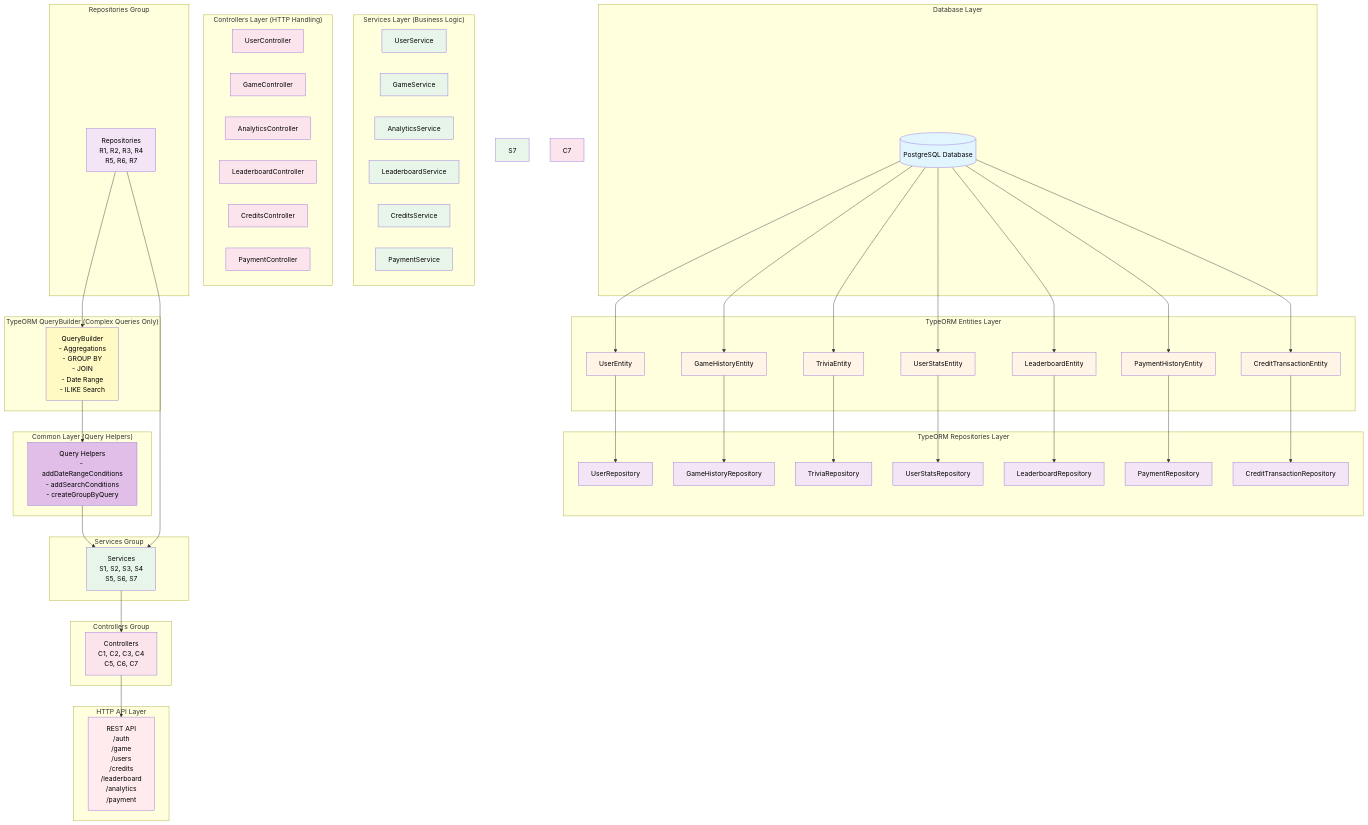
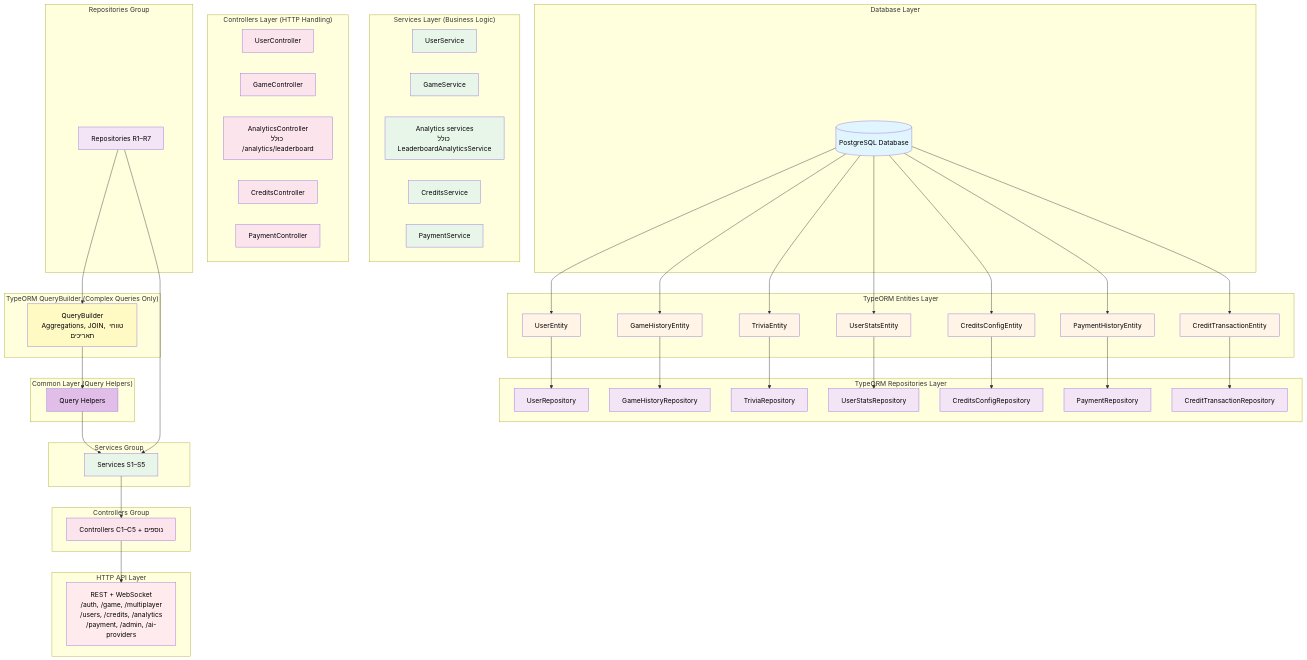
Before and after one commit to IsraelRub/EveryTriv: diagram 28 of 31 in docs/DIAGRAMS.md, drawn with Mermaid. The commit also changed other lines of this file and 148 other files, not shown here.

First line of the commit message:
feat: email-gated profile, game text gate, session/multiplayer flows, Newman sync

````diff
--- a/docs/DIAGRAMS.md
+++ b/docs/DIAGRAMS.md
@@ -1637,7 +1631,7 @@
         E2[GameHistoryEntity]
         E3[TriviaEntity]
         E4[UserStatsEntity]
-        E5[LeaderboardEntity]
+        E5[CreditsConfigEntity]
         E6[PaymentHistoryEntity]
         E7[CreditTransactionEntity]
     end
@@ -1647,39 +1641,37 @@
         R2[GameHistoryRepository]
         R3[TriviaRepository]
         R4[UserStatsRepository]
-        R5[LeaderboardRepository]
+        R5[CreditsConfigRepository]
         R6[PaymentRepository]
         R7[CreditTransactionRepository]
     end
 
     subgraph "TypeORM QueryBuilder (Complex Queries Only)"
-        QB[QueryBuilder<br/>- Aggregations<br/>- GROUP BY<br/>- JOIN<br/>- Date Range<br/>- ILIKE Search]
+        QB[QueryBuilder<br/>Aggregations, JOIN, טווחי תאריכים]
     end
 
     subgraph "Common Layer (Query Helpers)"
-        QH[Query Helpers<br/>- addDateRangeConditions<br/>- addSearchConditions<br/>- createGroupByQuery]
+        QH[Query Helpers]
     end
 
     subgraph "Services Layer (Business Logic)"
         S1[UserService]
         S2[GameService]
-        S3[AnalyticsService]
-        S4[LeaderboardService]
-        S5[CreditsService]
-        S6[PaymentService]
+        S3[Analytics services<br/>כולל LeaderboardAnalyticsService]
+        S4[CreditsService]
+        S5[PaymentService]
     end
 
     subgraph "Controllers Layer (HTTP Handling)"
         C1[UserController]
         C2[GameController]
-        C3[AnalyticsController]
-        C4[LeaderboardController]
-        C5[CreditsController]
-        C6[PaymentController]
+        C3[AnalyticsController<br/>כולל /analytics/leaderboard]
+        C4[CreditsController]
+        C5[PaymentController]
     end
 
     subgraph "HTTP API Layer"
-        API[REST API<br/>/auth<br/>/game<br/>/users<br/>/credits<br/>/leaderboard<br/>/analytics<br/>/payment]
+        API[REST + WebSocket<br/>/auth, /game, /multiplayer<br/>/users, /credits, /analytics<br/>/payment, /admin, /ai-providers]
     end
 
     DB --> E1
@@ -1699,15 +1691,15 @@
     E7 --> R7
 
     subgraph "Repositories Group"
-        REPOS[Repositories<br/>R1, R2, R3, R4<br/>R5, R6, R7]
+        REPOS[Repositories R1–R7]
     end
 
     subgraph "Services Group"
-        SERVS[Services<br/>S1, S2, S3, S4<br/>S5, S6, S7]
+        SERVS[Services S1–S5]
     end
 
     subgraph "Controllers Group"
-        CONTRS[Controllers<br/>C1, C2, C3, C4<br/>C5, C6, C7]
+        CONTRS[Controllers C1–C5 + נוספים]
     end
 
     REPOS --> QB
@@ -1743,14 +1735,10 @@
     style S3 fill:#e8f5e9,color:#000000
     style S4 fill:#e8f5e9,color:#000000
     style S5 fill:#e8f5e9,color:#000000
-    style S6 fill:#e8f5e9,color:#000000
-    style S7 fill:#e8f5e9,color:#000000
     style C1 fill:#fce4ec,color:#000000
     style C2 fill:#fce4ec,color:#000000
     style C3 fill:#fce4ec,color:#000000
     style C4 fill:#fce4ec,color:#000000
     style C5 fill:#fce4ec,color:#000000
-    style C6 fill:#fce4ec,color:#000000
-    style C7 fill:#fce4ec,color:#000000
     style API fill:#ffebee,color:#000000
 ```
````
